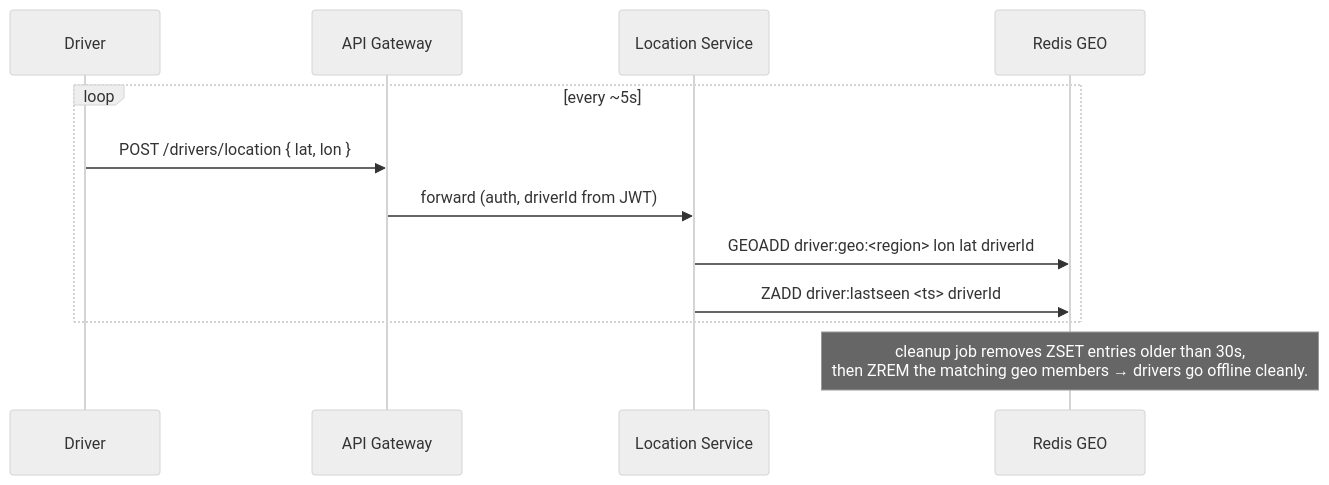
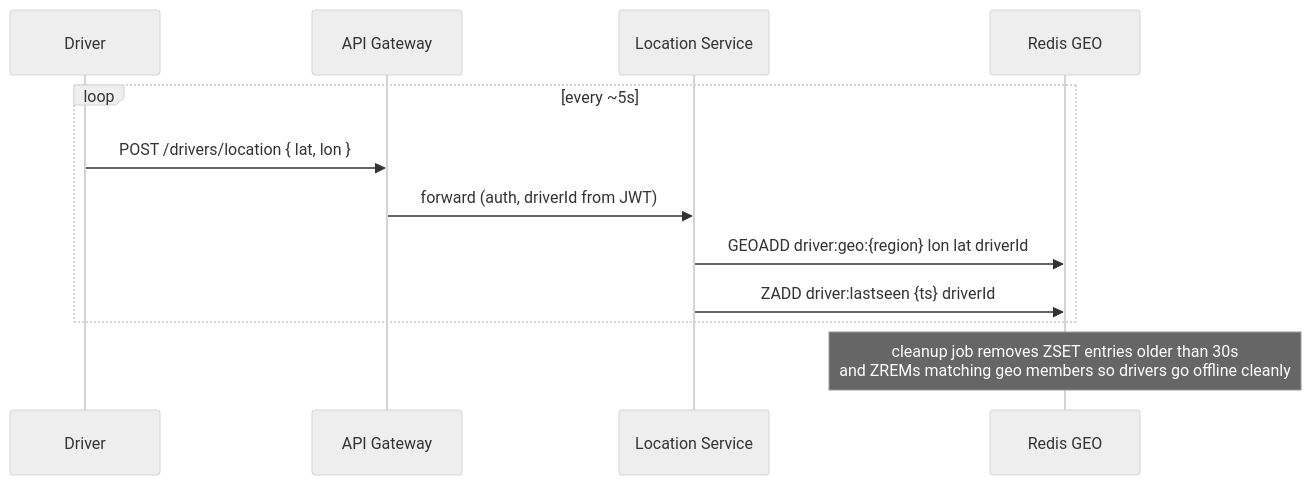
The tenth of 18 diagrams in hld/uber.md (vipi-n/swe-101), drawn with Mermaid before and after one commit. The commit also changed other lines of this file, not shown here.

````diff
--- a/hld/uber.md
+++ b/hld/uber.md
@@ -609,17 +609,17 @@
 ```mermaid
 %%{init: {'theme': 'neutral', 'themeVariables': {'fontSize': '18px'}}}%%
 sequenceDiagram
     participant D as Driver
     participant GW as API Gateway
     participant LS as Location Service
     participant RG as Redis GEO
 
     loop every ~5s
         D->>GW: POST /drivers/location { lat, lon }
         GW->>LS: forward (auth, driverId from JWT)
-        LS->>RG: GEOADD driver:geo:<region> lon lat driverId
-        LS->>RG: ZADD driver:lastseen <ts> driverId
+        LS->>RG: GEOADD driver:geo:{region} lon lat driverId
+        LS->>RG: ZADD driver:lastseen {ts} driverId
     end
 
-    Note over RG: cleanup job removes ZSET entries older than 30s,<br/>then ZREM the matching geo members → drivers go offline cleanly.
+    Note over RG: cleanup job removes ZSET entries older than 30s<br/>and ZREMs matching geo members so drivers go offline cleanly
 ```
````
